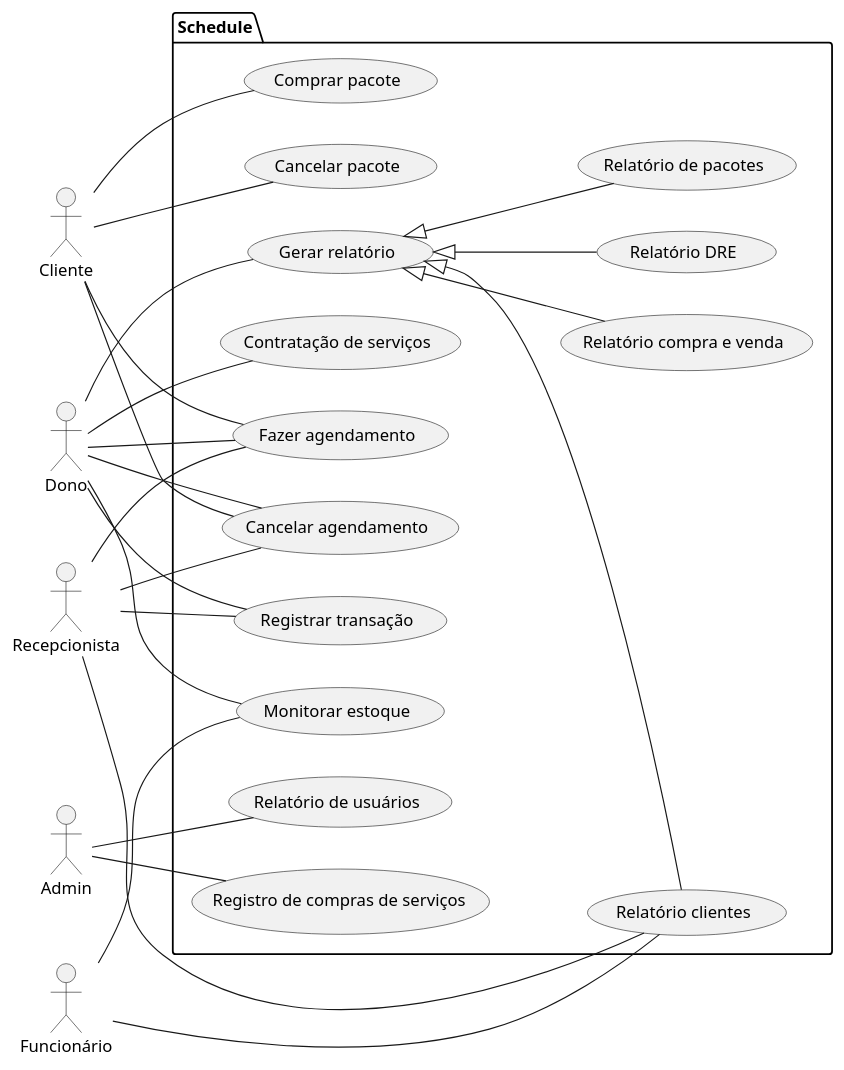
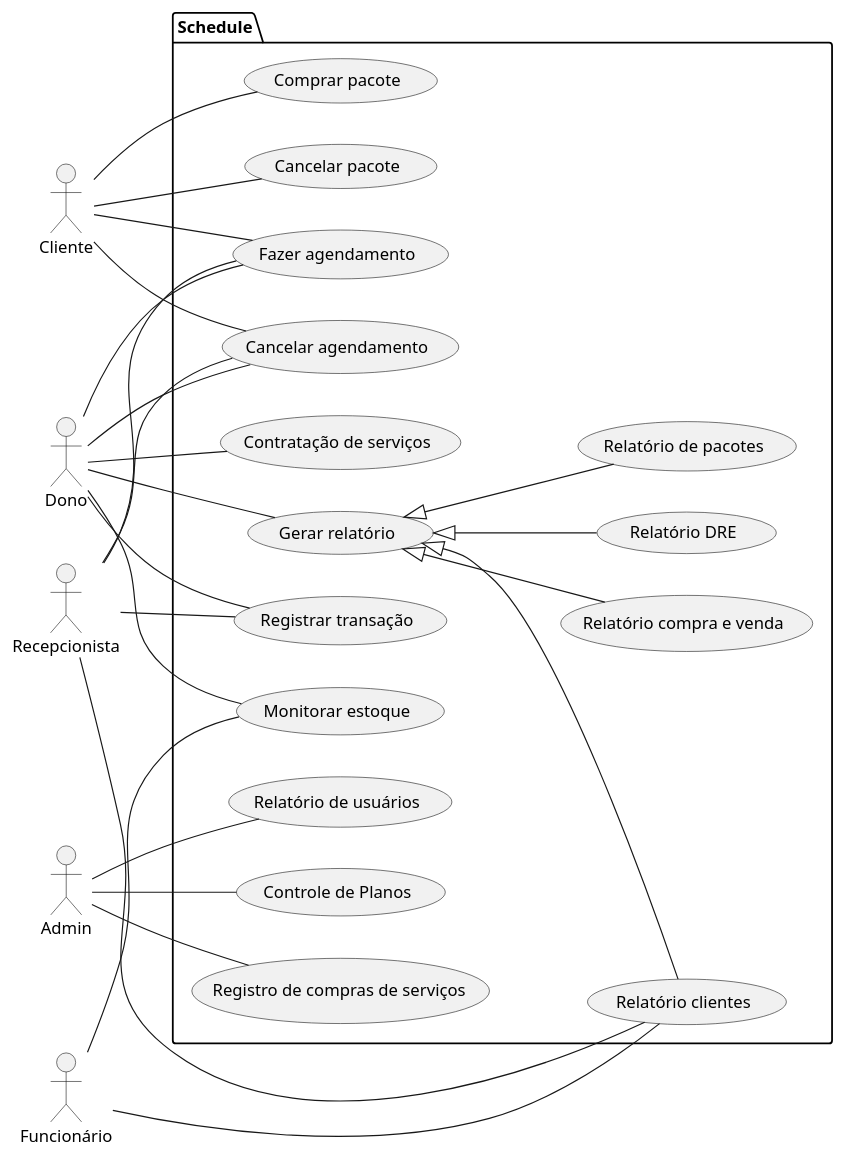
The diagram in Doc/CasoDeUso/CasosDeUso.puml (GabrielAlves027/ES2), drawn with PlantUML before and after one commit.

```diff
--- a/Doc/CasoDeUso/CasosDeUso.puml
+++ b/Doc/CasoDeUso/CasosDeUso.puml
@@ -1,47 +1,49 @@
 @startuml
 left to right direction
 actor Cliente as C
 actor Dono as D
 actor Funcionário as F
 actor Recepcionista as R
 actor Admin as A
 package Schedule{
   usecase "Fazer agendamento" as UC1
   usecase "Cancelar agendamento" as UC2
   usecase "Comprar pacote" as UC3
   usecase "Cancelar pacote" as UC4
   usecase "Monitorar estoque" as UC5
   usecase "Registrar transação" as UC6
   usecase "Gerar relatório" as UC7
   usecase "Relatório clientes" as UC8
   usecase "Relatório compra e venda" as UC9
   usecase "Relatório DRE" as UC10
   usecase "Relatório de pacotes" as UC11
   usecase "Registro de compras de serviços" as UC12
   usecase "Contratação de serviços" as UC13
   usecase "Relatório de usuários" as UC14
+  usecase "Controle de Planos" as UC15
 }
 A -- UC12
 A -- UC14
 C -- UC3
 C -- UC4
 C -- UC1
 C -- UC2
 D -- UC1
 D -- UC2
 D -- UC5
 D -- UC6
 D -- UC13
 D -- UC7
 R -- UC1
 R -- UC2
 R -- UC6
 R -- UC8
 F -- UC5
 F -- UC8
+A -- UC15
 
 (UC7) <|-- (UC8)
 (UC7) <|-- (UC9)
 (UC7) <|-- (UC10)
 (UC7) <|-- (UC11)
 @enduml
```
